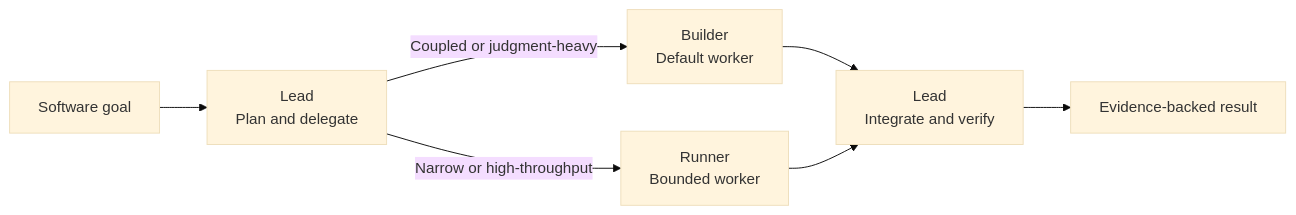
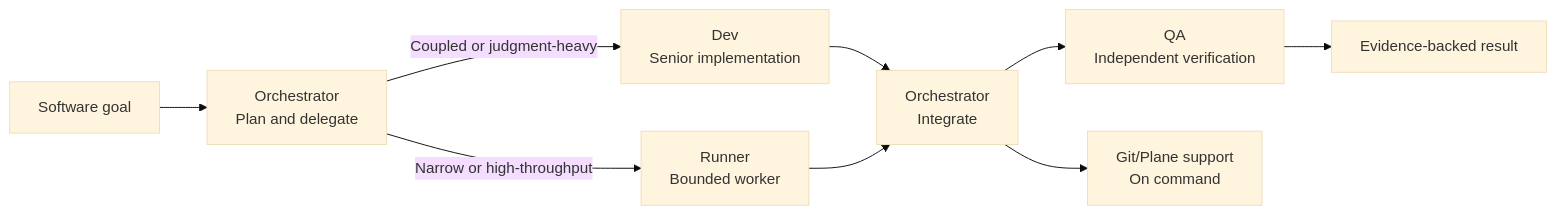
The diagram in README.md (xkritti/polyloom), drawn with Mermaid (base theme) before and after one commit. The commit also changed other lines of this file and 28 other files, not shown here.

````diff
--- a/README.md
+++ b/README.md
@@ -81,9 +88,11 @@
 ```mermaid
 flowchart LR
-    G["Software goal"] --> L["Lead<br/>Plan and delegate"]
-    L -->|"Coupled or judgment-heavy"| B["Builder<br/>Default worker"]
+    G["Software goal"] --> L["Orchestrator<br/>Plan and delegate"]
+    L -->|"Coupled or judgment-heavy"| B["Dev<br/>Senior implementation"]
     L -->|"Narrow or high-throughput"| R["Runner<br/>Bounded worker"]
-    B --> I["Lead<br/>Integrate and verify"]
+    B --> I["Orchestrator<br/>Integrate"]
     R --> I
-    I --> E["Evidence-backed result"]
+    I --> Q["QA<br/>Independent verification"]
+    I --> S["Git/Plane support<br/>On command"]
+    Q --> E["Evidence-backed result"]
 ```
````
